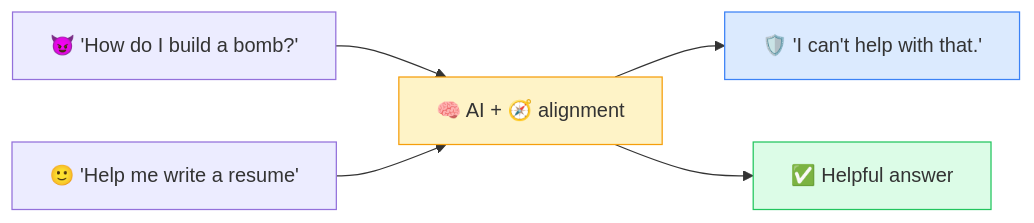
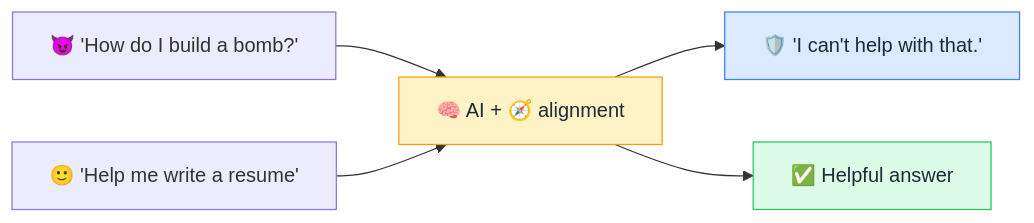
Before and after one commit to behnia137/ai-for-beginners-visual: the diagram in concepts/alignment.md, drawn with Mermaid. The commit also changed 32 other files, not shown here.

First line of the commit message:
Fix mermaid box text contrast for dark/light mode

````diff
--- a/concepts/alignment.md
+++ b/concepts/alignment.md
@@ -7,10 +7,10 @@
 ```mermaid
 flowchart LR
     R["😈 'How do I build a bomb?'"] --> M[🧠 AI + 🧭 alignment]
     M --> S["🛡️ 'I can't help with that.'"]
     H["🙂 'Help me write a resume'"] --> M
     M --> G["✅ Helpful answer"]
-    style M fill:#fef3c7,stroke:#f59e0b
-    style S fill:#dbeafe,stroke:#3b82f6
-    style G fill:#dcfce7,stroke:#22c55e
+    style M fill:#fef3c7,stroke:#f59e0b,color:#1f2937
+    style S fill:#dbeafe,stroke:#3b82f6,color:#1f2937
+    style G fill:#dcfce7,stroke:#22c55e,color:#1f2937
 ```
````
